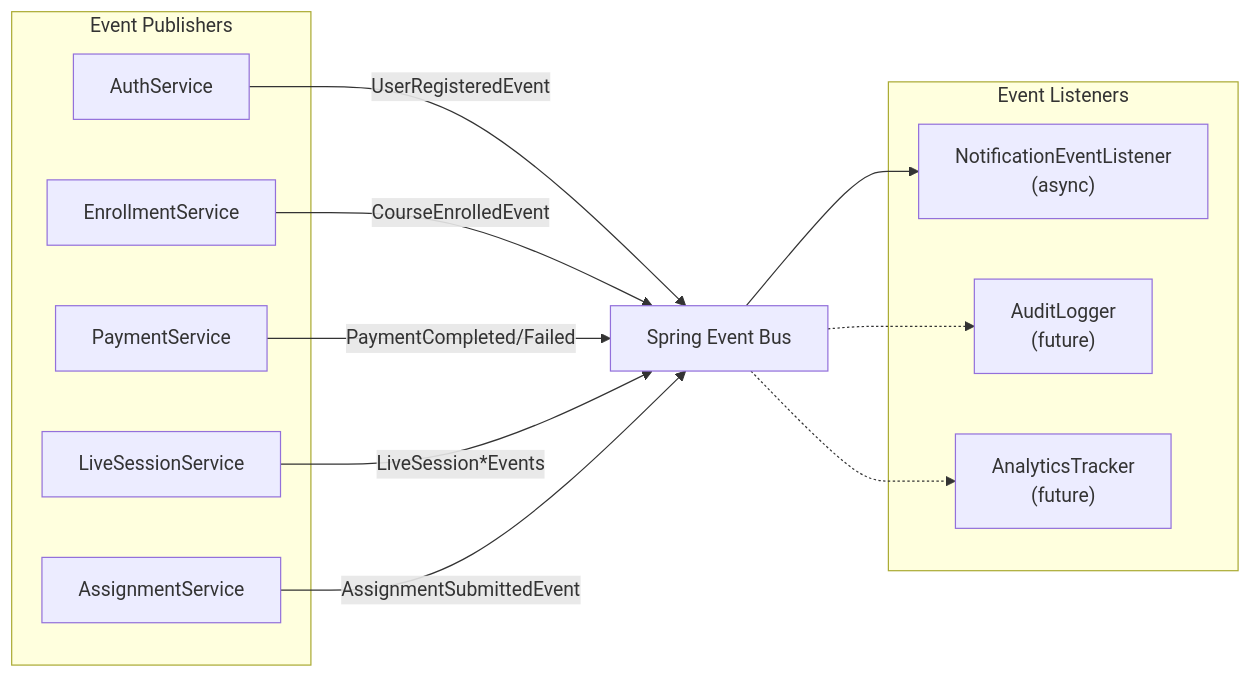
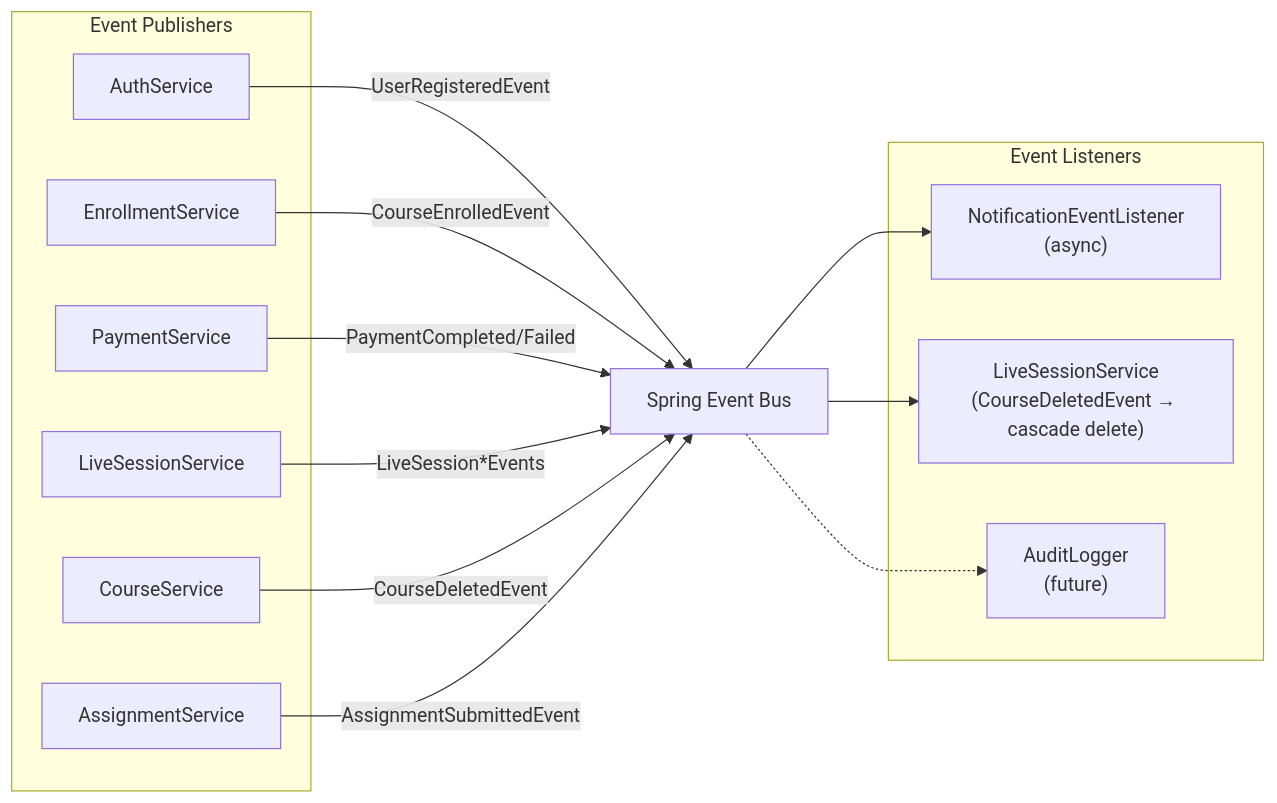
One commit to SanatanRana/lms-backend changed the sixth of 10 diagrams in README.md. Above: the diagram before and after it, drawn with Mermaid. The commit also changed other lines of this file, not shown here.

Commit message:
docs: comprehensive README with architecture, features, WebSocket protocol, ER diagrams

````diff
--- a/README.md
+++ b/README.md
@@ -934,28 +1133,30 @@
 ```mermaid
 graph LR
     subgraph Publishers["Event Publishers"]
         AS["AuthService"]
         ES["EnrollmentService"]
         PS["PaymentService"]
         LS["LiveSessionService"]
+        CS["CourseService"]
         ASSGN["AssignmentService"]
     end
 
     EVENT["Spring Event Bus"]
 
     subgraph Listeners["Event Listeners"]
         NEL["NotificationEventListener<br/>(async)"]
+        LSL["LiveSessionService<br/>(CourseDeletedEvent → cascade delete)"]
         FUTURE1["AuditLogger<br/>(future)"]
-        FUTURE2["AnalyticsTracker<br/>(future)"]
     end
 
     AS -->|UserRegisteredEvent| EVENT
     ES -->|CourseEnrolledEvent| EVENT
     PS -->|PaymentCompleted/Failed| EVENT
     LS -->|LiveSession*Events| EVENT
+    CS -->|CourseDeletedEvent| EVENT
     ASSGN -->|AssignmentSubmittedEvent| EVENT
 
     EVENT --> NEL
+    EVENT --> LSL
     EVENT -.-> FUTURE1
-    EVENT -.-> FUTURE2
 ```
````
